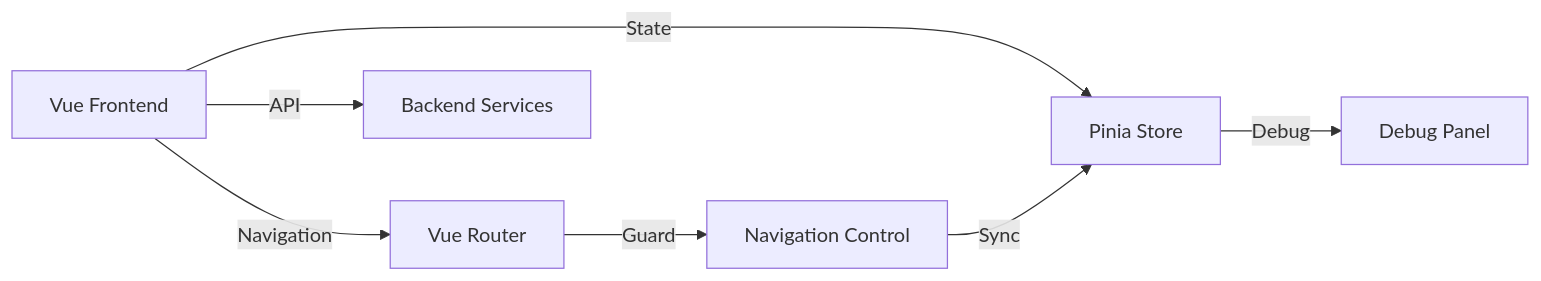
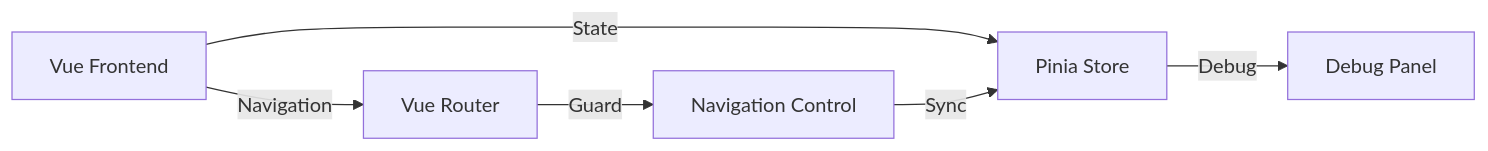
The first of 2 diagrams in README.md (eric-fern/wizardteach), drawn with Mermaid before and after one commit. The commit also changed other lines of this file and 22 other files, not shown here.

````diff
--- a/README.md
+++ b/README.md
@@ -35,9 +37,8 @@
 ```mermaid
 graph LR
     UI[Vue Frontend] -->|State| Store[Pinia Store]
     UI -->|Navigation| Router[Vue Router]
     Store -->|Debug| Debug[Debug Panel]
     Router -->|Guard| Nav[Navigation Control]
     Nav -->|Sync| Store
-    UI -->|API| Backend[Backend Services]
 ```
````
